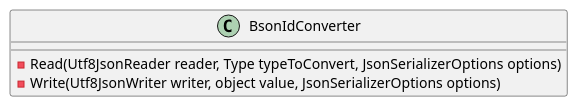
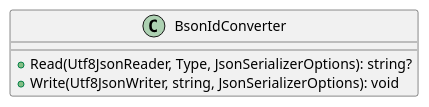
The second of 5 diagrams in docs/generated/Framework/Eliassen.System/Text/Json/Documentation.md (mwwhited-forks/dotnet-libs), drawn with PlantUML before and after one commit. The commit also changed other lines of this file and 444 other files, not shown here.

````diff
--- a/docs/generated/Framework/Eliassen.System/Text/Json/Documentation.md
+++ b/docs/generated/Framework/Eliassen.System/Text/Json/Documentation.md
@@ -32,9 +34,8 @@
 ```plantuml
 @startuml
 class BsonIdConverter {
-  - Read(Utf8JsonReader reader, Type typeToConvert, JsonSerializerOptions options)
-  - Write(Utf8JsonWriter writer, object value, JsonSerializerOptions options)
+  + Read(Utf8JsonReader, Type, JsonSerializerOptions): string?
+  + Write(Utf8JsonWriter, string, JsonSerializerOptions): void
 }
-
 @enduml
 ```
````
